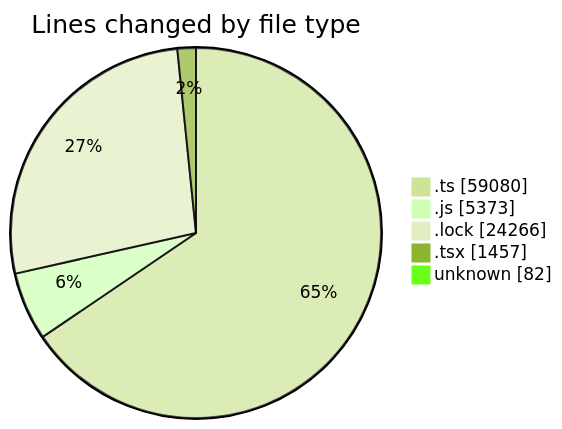
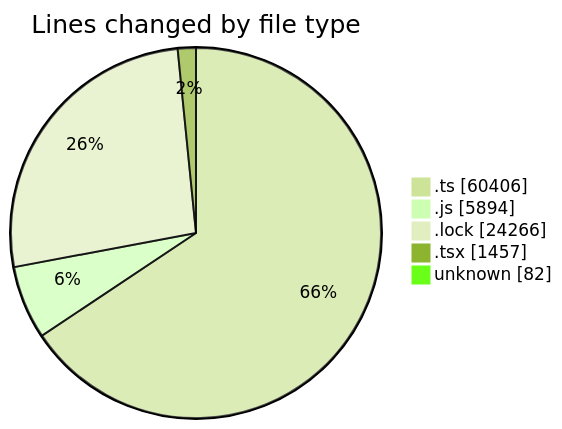
Before and after one commit to momahboobian/code-tracking: the first of 2 diagrams in 2025-08-14/cda/README.md, drawn with Mermaid (forest theme). The commit also changed other lines of this file and 1 other file, not shown here.

````diff
--- a/2025-08-14/cda/README.md
+++ b/2025-08-14/cda/README.md
@@ -38,9 +38,9 @@
 ```mermaid
 pie showData
 title Lines changed by file type
-".ts" : 59080
-".js" : 5373
+".ts" : 60406
+".js" : 5894
 ".lock" : 24266
 ".tsx" : 1457
 "unknown" : 82
 ```
````
